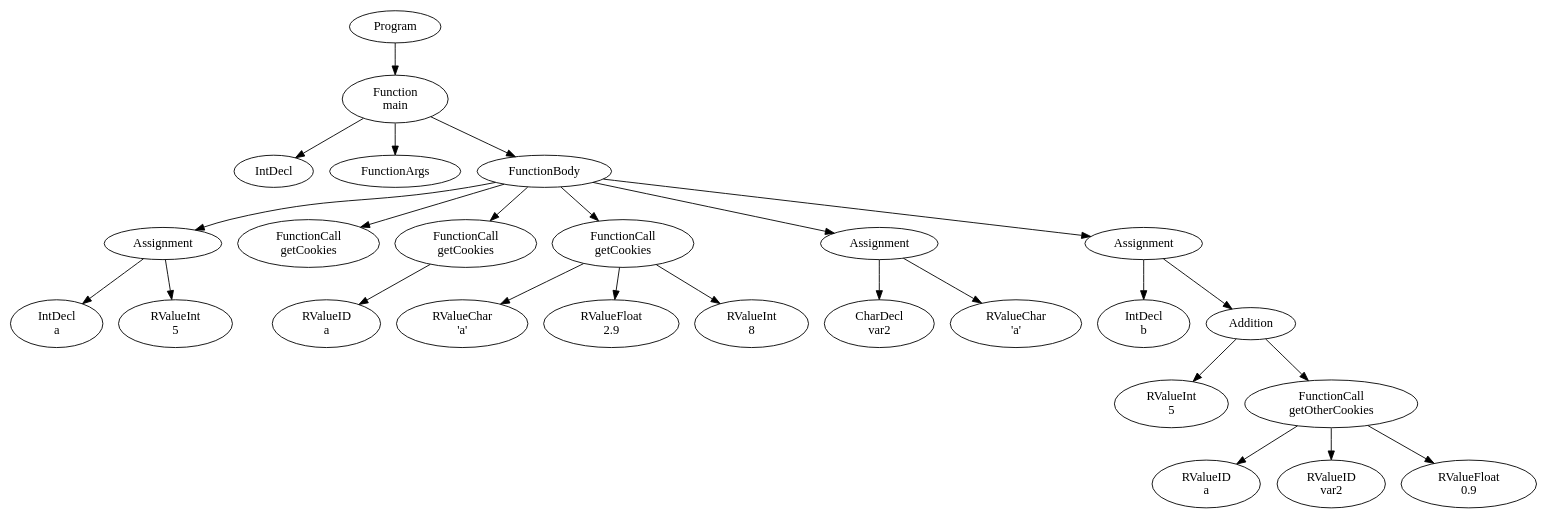
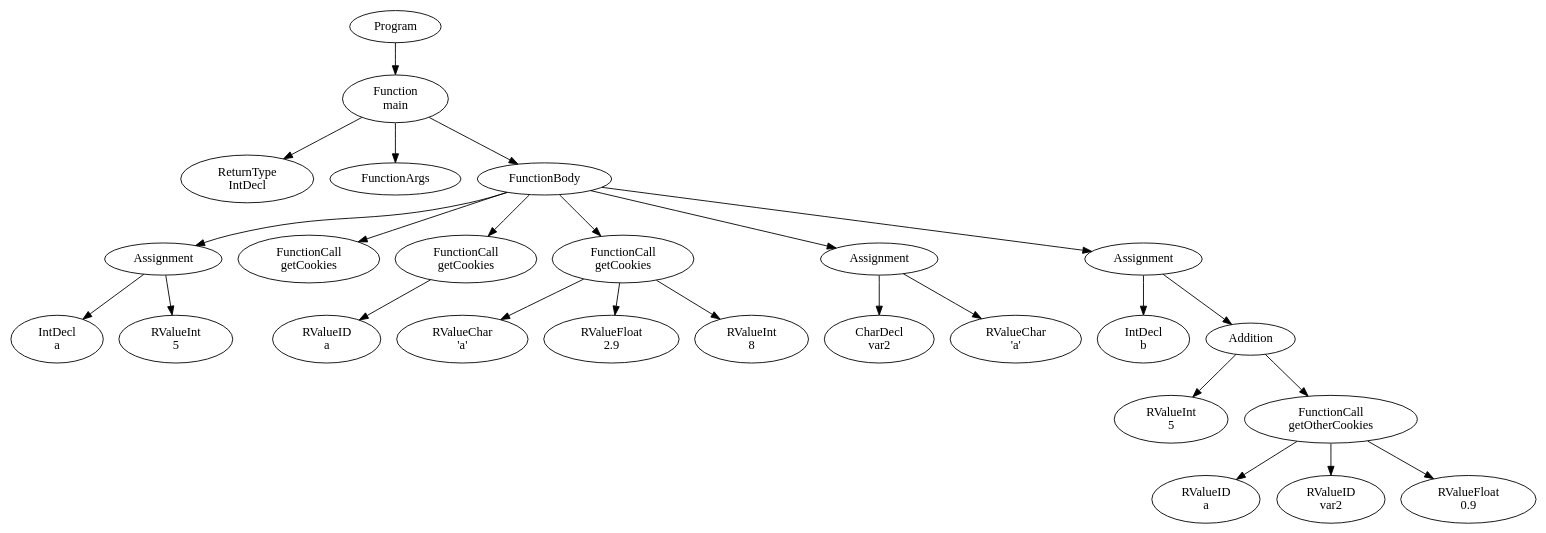
The diagram in official/res/solutions/function_calls.dot (FedericoQuin/Compilers), drawn with Graphviz before and after one commit. The commit also changed 22 other files, not shown here.

```diff
--- a/official/res/solutions/function_calls.dot
+++ b/official/res/solutions/function_calls.dot
@@ -1,53 +1,53 @@
 digraph AST {
 1 [label="Program"];
 2 [label="Function \nmain"];
-3 [label="IntDecl"];
+3 [label="ReturnType \nIntDecl"];
 4 [label="FunctionArgs"];
 5 [label="FunctionBody"];
 6 [label="Assignment"];
 7 [label="IntDecl \na"];
 8 [label="RValueInt \n5"];
 6 -> 7;
 6 -> 8;
 9 [label="FunctionCall \ngetCookies"];
 10 [label="FunctionCall \ngetCookies"];
 11 [label="RValueID \na"];
 10 -> 11;
 12 [label="FunctionCall \ngetCookies"];
 13 [label="RValueChar \n'a'"];
 14 [label="RValueFloat \n2.9"];
 15 [label="RValueInt \n8"];
 12 -> 13;
 12 -> 14;
 12 -> 15;
 16 [label="Assignment"];
 17 [label="CharDecl \nvar2"];
 18 [label="RValueChar \n'a'"];
 16 -> 17;
 16 -> 18;
 19 [label="Assignment"];
 20 [label="IntDecl \nb"];
 21 [label="Addition"];
 22 [label="RValueInt \n5"];
 23 [label="FunctionCall \ngetOtherCookies"];
 24 [label="RValueID \na"];
 25 [label="RValueID \nvar2"];
 26 [label="RValueFloat \n0.9"];
 23 -> 24;
 23 -> 25;
 23 -> 26;
 21 -> 22;
 21 -> 23;
 19 -> 20;
 19 -> 21;
 5 -> 6;
 5 -> 9;
 5 -> 10;
 5 -> 12;
 5 -> 16;
 5 -> 19;
 2 -> 3;
 2 -> 4;
 2 -> 5;
 1 -> 2;
 }
```
